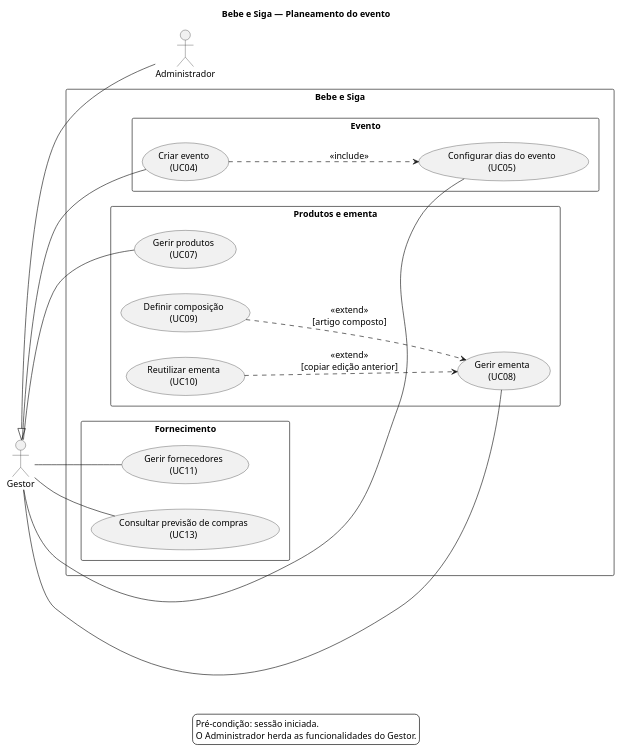
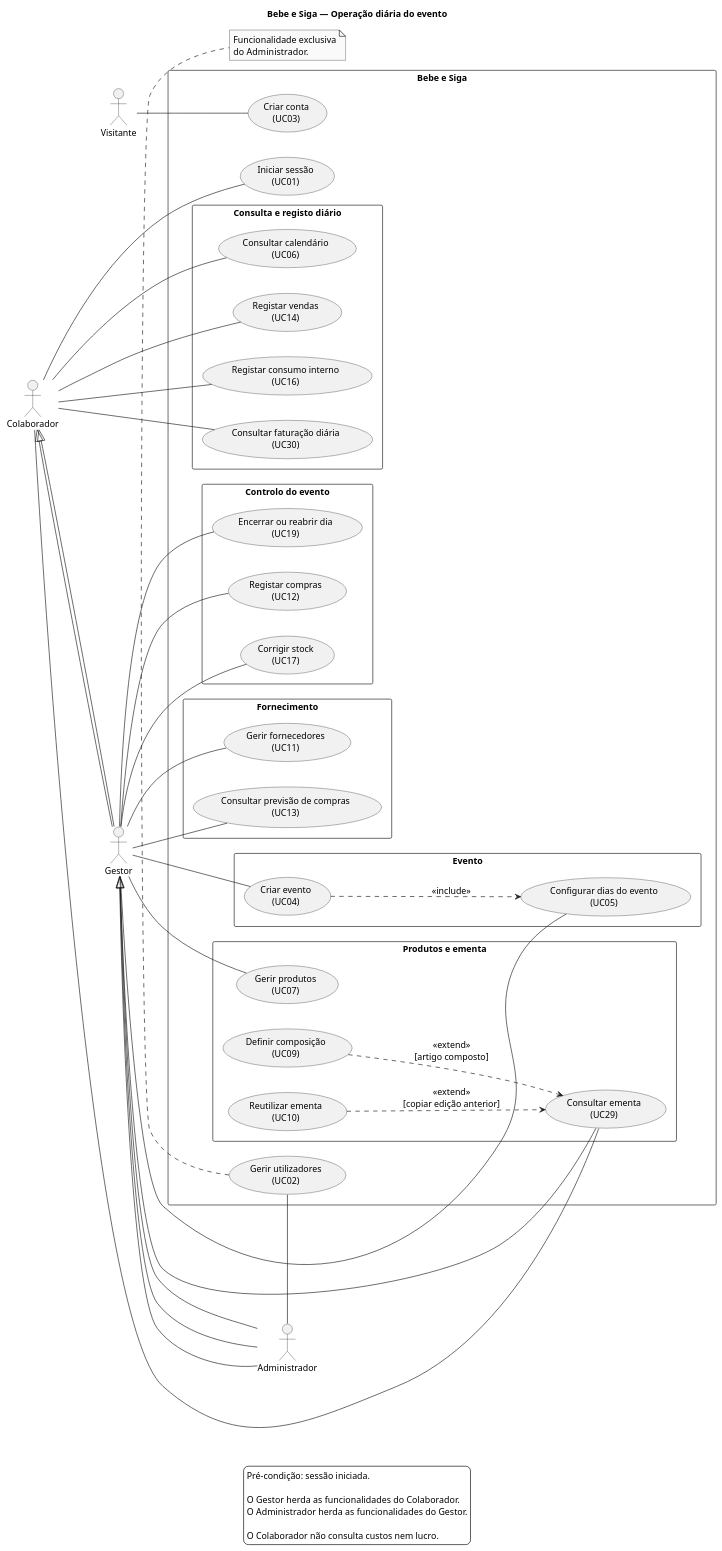
One commit to marisapintomonteiro-rgb/Gest_Eventos_B_S changed the first of 2 diagrams in casos_de_uso_bebe_e_siga.puml. Above: the diagram before and after it, drawn with PlantUML.

Commit message:
Remove redundant UML start and end tags

```diff
--- a/casos_de_uso_bebe_e_siga.puml
+++ b/casos_de_uso_bebe_e_siga.puml
@@ -42,58 +1,155 @@
 @startuml
+
+title Bebe e Siga — Acesso e gestão de utilizadores
+
+left to right direction
+
+skinparam shadowing false
+skinparam backgroundColor White
+skinparam monochrome true
+skinparam defaultFontName Arial
+skinparam defaultFontSize 14
+skinparam packageStyle rectangle
+skinparam nodesep 45
+skinparam ranksep 65
+
+actor "Visitante" as Visitante
+actor "Colaborador" as Colaborador
+actor "Gestor" as Gestor
+actor "Administrador" as Admin
+
+Colaborador <|-- Gestor
+Gestor <|-- Admin
+
+rectangle "Bebe e Siga" {
+  usecase "Criar conta\n(UC03)" as Registo
+  usecase "Iniciar sessão\n(UC01)" as Login
+  usecase "Gerir utilizadores\n(UC02)" as Utilizadores
+}
+
+Visitante -- Registo
+Colaborador -- Login
+Admin -- Utilizadores
+
+note bottom of Utilizadores
+  Funcionalidade exclusiva
+  do Administrador.
+end note
+
+
+
 
 title Bebe e Siga — Planeamento do evento
 
 left to right direction
 
 skinparam shadowing false
 skinparam backgroundColor White
 skinparam monochrome true
 skinparam defaultFontName Arial
 skinparam defaultFontSize 14
 skinparam packageStyle rectangle
 skinparam nodesep 40
 skinparam ranksep 65
 
 actor "Gestor" as Gestor
 actor "Administrador" as Admin
 
 Gestor <|-- Admin
 
 rectangle "Bebe e Siga" {
 
   package "Evento" {
     usecase "Criar evento\n(UC04)" as Criar
     usecase "Configurar dias do evento\n(UC05)" as Dias
   }
 
   package "Produtos e ementa" {
     usecase "Gerir produtos\n(UC07)" as Produtos
     usecase "Gerir ementa\n(UC08)" as Ementa
     usecase "Definir composição\n(UC09)" as Composicao
     usecase "Reutilizar ementa\n(UC10)" as Reutilizar
   }
 
   package "Fornecimento" {
     usecase "Gerir fornecedores\n(UC11)" as Fornecedores
     usecase "Consultar previsão de compras\n(UC13)" as Previsao
   }
 }
 
 Gestor -- Criar
 Gestor -- Dias
 Gestor -- Produtos
 Gestor -- Ementa
 Gestor -- Fornecedores
 Gestor -- Previsao
 
 Criar ..> Dias : <<include>>
 
 Composicao ..> Ementa : <<extend>>\n[artigo composto]
 Reutilizar ..> Ementa : <<extend>>\n[copiar edição anterior]
 
 legend bottom
   Pré-condição: sessão iniciada.
   O Administrador herda as funcionalidades do Gestor.
 endlegend
 
+
+
+title Bebe e Siga — Operação diária do evento
+
+left to right direction
+
+skinparam shadowing false
+skinparam backgroundColor White
+skinparam monochrome true
+skinparam defaultFontName Arial
+skinparam defaultFontSize 14
+skinparam packageStyle rectangle
+skinparam nodesep 40
+skinparam ranksep 65
+
+actor "Colaborador" as Colaborador
+actor "Gestor" as Gestor
+actor "Administrador" as Admin
+
+Colaborador <|-- Gestor
+Gestor <|-- Admin
+
+rectangle "Bebe e Siga" {
+
+  package "Consulta e registo diário" {
+    usecase "Consultar calendário\n(UC06)" as Calendario
+    usecase "Consultar ementa\n(UC29)" as Ementa
+    usecase "Registar vendas\n(UC14)" as Vendas
+    usecase "Registar consumo interno\n(UC16)" as Consumo
+    usecase "Consultar faturação diária\n(UC30)" as Faturacao
+  }
+
+  package "Controlo do evento" {
+    usecase "Registar compras\n(UC12)" as Compras
+    usecase "Corrigir stock\n(UC17)" as Stock
+    usecase "Encerrar ou reabrir dia\n(UC19)" as Dia
+  }
+}
+
+Colaborador -- Calendario
+Colaborador -- Ementa
+Colaborador -- Vendas
+Colaborador -- Consumo
+Colaborador -- Faturacao
+
+Gestor -- Compras
+Gestor -- Stock
+Gestor -- Dia
+
+legend bottom
+  Pré-condição: sessão iniciada.
+
+  O Gestor herda as funcionalidades do Colaborador.
+  O Administrador herda as funcionalidades do Gestor.
+
+  O Colaborador não consulta custos nem lucro.
+endlegend
+
 @enduml
```
